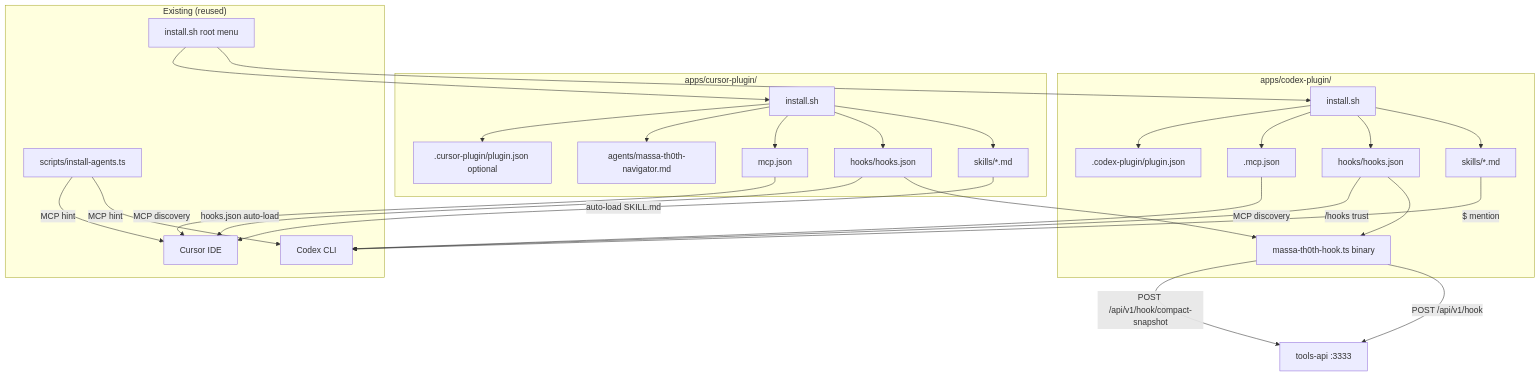
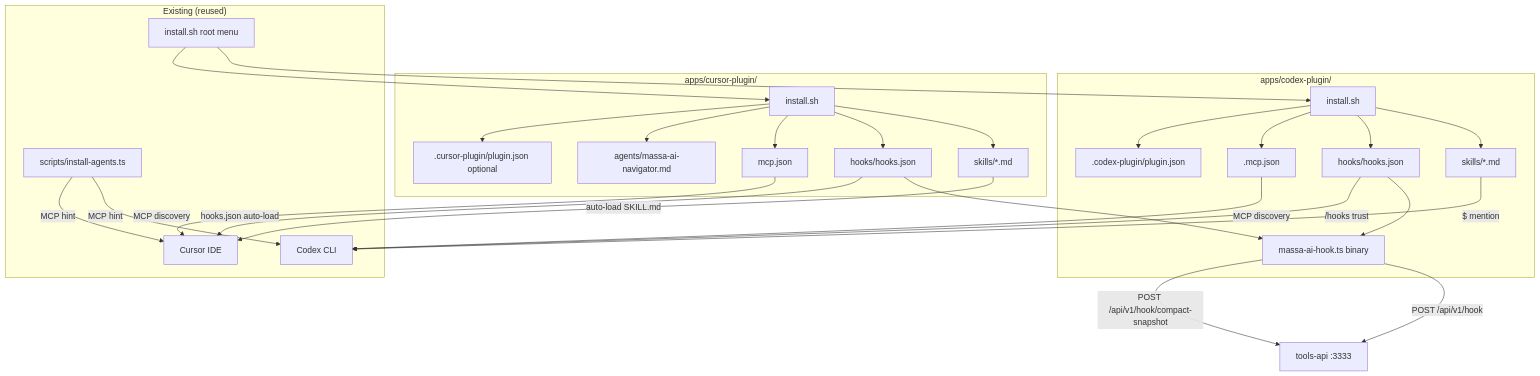
The diagram in .specs/features/codex-cursor-plugin-parity/design.md (luizgmassa/massa-th0th), drawn with Mermaid before and after one commit. The commit also changed other lines of this file and 697 other files, not shown here.

````diff
--- a/.specs/features/codex-cursor-plugin-parity/design.md
+++ b/.specs/features/codex-cursor-plugin-parity/design.md
@@ -78,32 +78,32 @@
 ```mermaid
 graph TD
     subgraph "apps/codex-plugin/"
         CPI[install.sh] --> CPS[skills/*.md]
         CPI --> CPH[hooks/hooks.json]
         CPI --> CPM[.mcp.json]
         CPI --> CPMF[.codex-plugin/plugin.json]
-        CPH --> BIN[massa-th0th-hook.ts binary]
+        CPH --> BIN[massa-ai-hook.ts binary]
     end
     subgraph "apps/cursor-plugin/"
         CRS_I[install.sh] --> CRS_S[skills/*.md]
         CRS_I --> CRS_H[hooks/hooks.json]
         CRS_I --> CRS_M[mcp.json]
-        CRS_I --> CRS_A[agents/massa-th0th-navigator.md]
+        CRS_I --> CRS_A[agents/massa-ai-navigator.md]
         CRS_I --> CRS_CM[.cursor-plugin/plugin.json optional]
         CRS_H --> BIN
     end
     BIN -->|POST /api/v1/hook| API[tools-api :3333]
     BIN -->|POST /api/v1/hook/compact-snapshot| API
     CPM -->|MCP discovery| CODEX[Codex CLI]
     CRS_M -->|MCP discovery| CURSOR[Cursor IDE]
     CPS -->|$ mention| CODEX
     CRS_S -->|auto-load SKILL.md| CURSOR
     CPH -->|/hooks trust| CODEX
     CRS_H -->|hooks.json auto-load| CURSOR
     subgraph "Existing (reused)"
         IA[scripts/install-agents.ts] -->|MCP hint| CODEX
         IA -->|MCP hint| CURSOR
         ROOT[install.sh root menu] --> CPI
         ROOT --> CRS_I
     end
 ```
````
